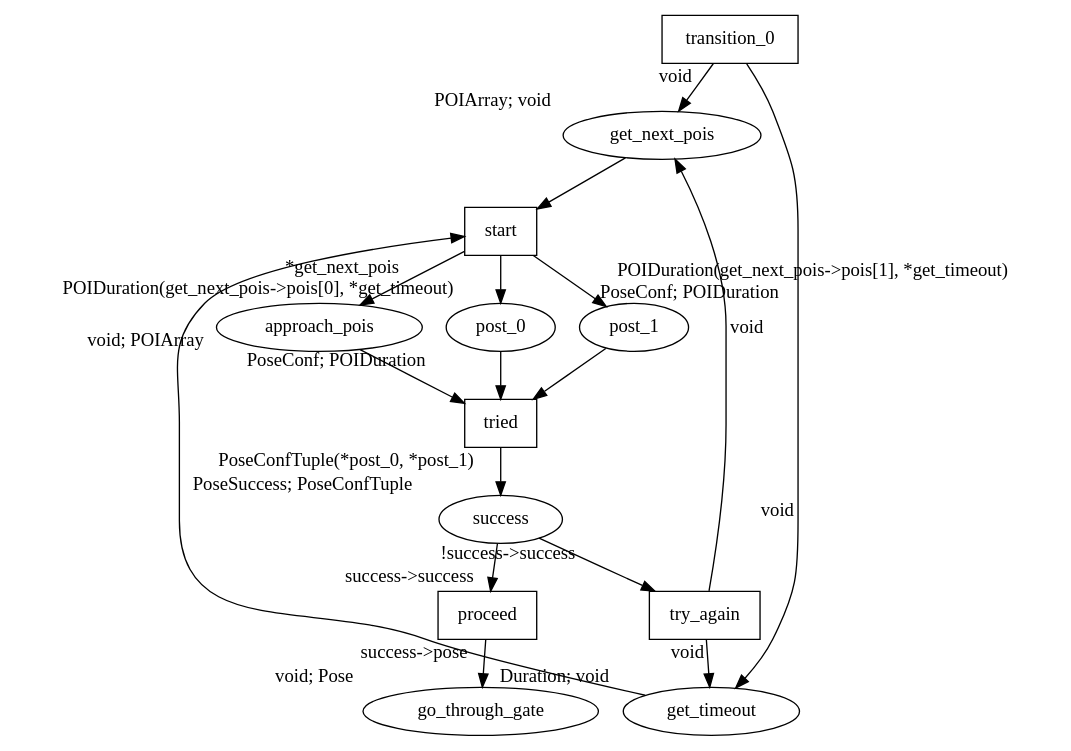
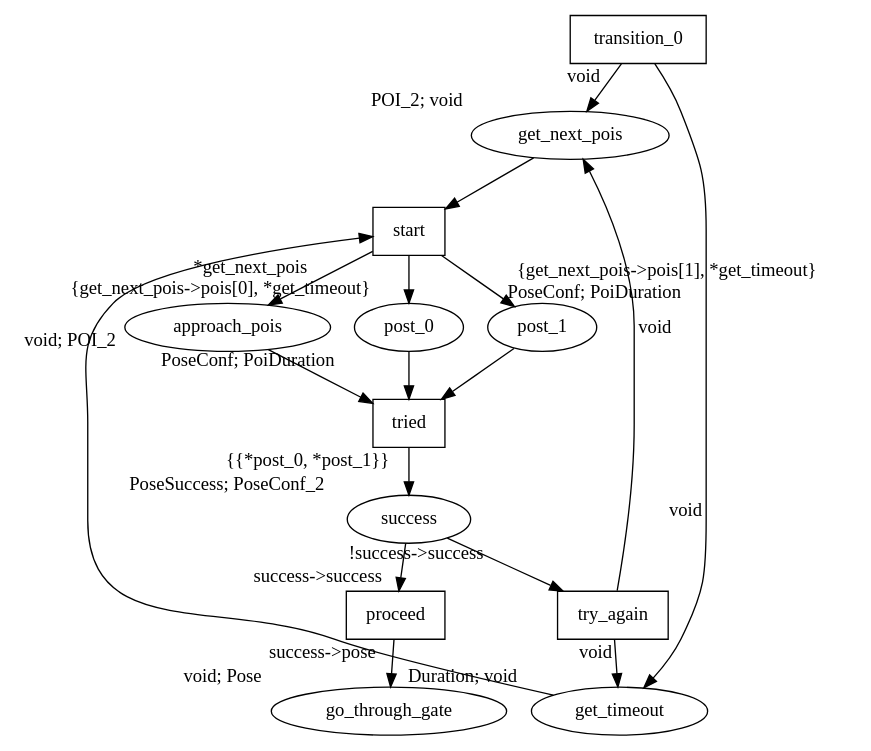
The diagram in SubjuGator/command/sub8_petri_net_missions/src/start_gate/start_gate_net.dot (MihirRao01/mil), drawn with Graphviz before and after one commit. The commit also changed 4 other files, not shown here.

```diff
--- a/SubjuGator/command/sub8_petri_net_missions/src/start_gate/start_gate_net.dot
+++ b/SubjuGator/command/sub8_petri_net_missions/src/start_gate/start_gate_net.dot
@@ -1,53 +1,53 @@
 digraph G
 {
   splines=true;
   // A hypothetical mission example to complete the start gate challenge
   transition_0 [shape="box", pos="12.5,102!"];
 
   // A place to get the next Points of Interest(POIs) from the POI server
-  get_next_pois[shape="oval", xlabel="POIArray; void", pos="15, 100!"];
+  get_next_pois[shape="oval", xlabel="POI_2; void", pos="15, 100!"];
   transition_0 -> get_next_pois[xlabel="void"];
 
   // A place to get the start get timeout from rosparam server
   get_timeout[shape="oval", xlabel="Duration; void", pos="11, 100!"];
   transition_0 -> get_timeout[xlabel="void"];
 
   // start the actual mission once we have ros params and stuff
   start[shape="box", pos="5, 98!"];
   get_next_pois->start;
   get_timeout->start;
 
   tried[shape="box", pos="5, 93!"];
 
   // consult with ros nodes to locate the posts of the start gate,
   //  return confidence if found or timeout
-  post_0[shape="oval", xlabel="PoseConf; POIDuration", pos="7, 95!"];
+  post_0[shape="oval", xlabel="PoseConf; PoiDuration", pos="7, 95!"];
   start -> post_0[
-      xlabel="POIDuration(get_next_pois->pois[0], *get_timeout)"];
+      xlabel="{get_next_pois->pois[0], *get_timeout}"];
   post_0 -> tried;
-  post_1[shape="oval", xlabel="PoseConf; POIDuration", pos="13, 95!"];
+  post_1[shape="oval", xlabel="PoseConf; PoiDuration", pos="13, 95!"];
   start -> post_1[
-      xlabel="POIDuration(get_next_pois->pois[1], *get_timeout)"];
+      xlabel="{get_next_pois->pois[1], *get_timeout}"];
   post_1 -> tried;
 
   // utilize thread safe c++ pose editor library to command a move of the submarine
-  approach_pois[shape="oval", xlabel="void; POIArray", pos="0, 95!"];
+  approach_pois[shape="oval", xlabel="void; POI_2", pos="0, 95!"];
   start -> approach_pois[xlabel="*get_next_pois"];
   approach_pois -> tried;
 
   // if at first you dont succeed, try try again
   try_again[shape="box", pos="15, 95!"];
   try_again -> get_timeout[xlabel="void"];
   try_again -> get_next_pois[xlabel="void"];
 
   // place to determine if we have succeded in the mission or need to try again
-  success[shape="oval" xlabel="PoseSuccess; PoseConfTuple", pos="10, 92!"];
-  tried -> success[xlabel="PoseConfTuple(*post_0, *post_1)"];
+  success[shape="oval" xlabel="PoseSuccess; PoseConf_2", pos="10, 92!"];
+  tried -> success[xlabel="{{*post_0, *post_1}}"];
   success -> proceed[xlabel="success->success"];
   success -> try_again[xlabel="!success->success"];
 
   // when successful, go_through the exit
   go_through_gate[shape="oval", xlabel="void; Pose"];
   proceed[shape="box", pos="5, 90!"];
   proceed -> go_through_gate[xlabel="success->pose"];
 }
```
